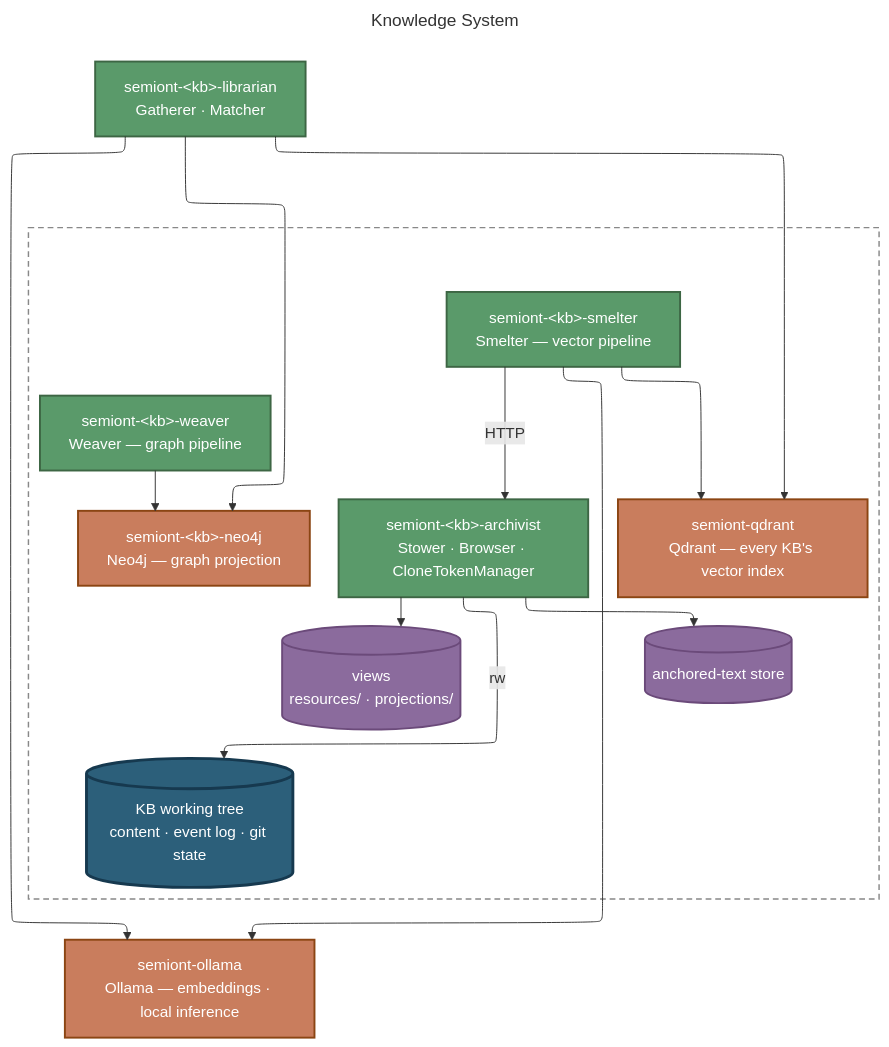
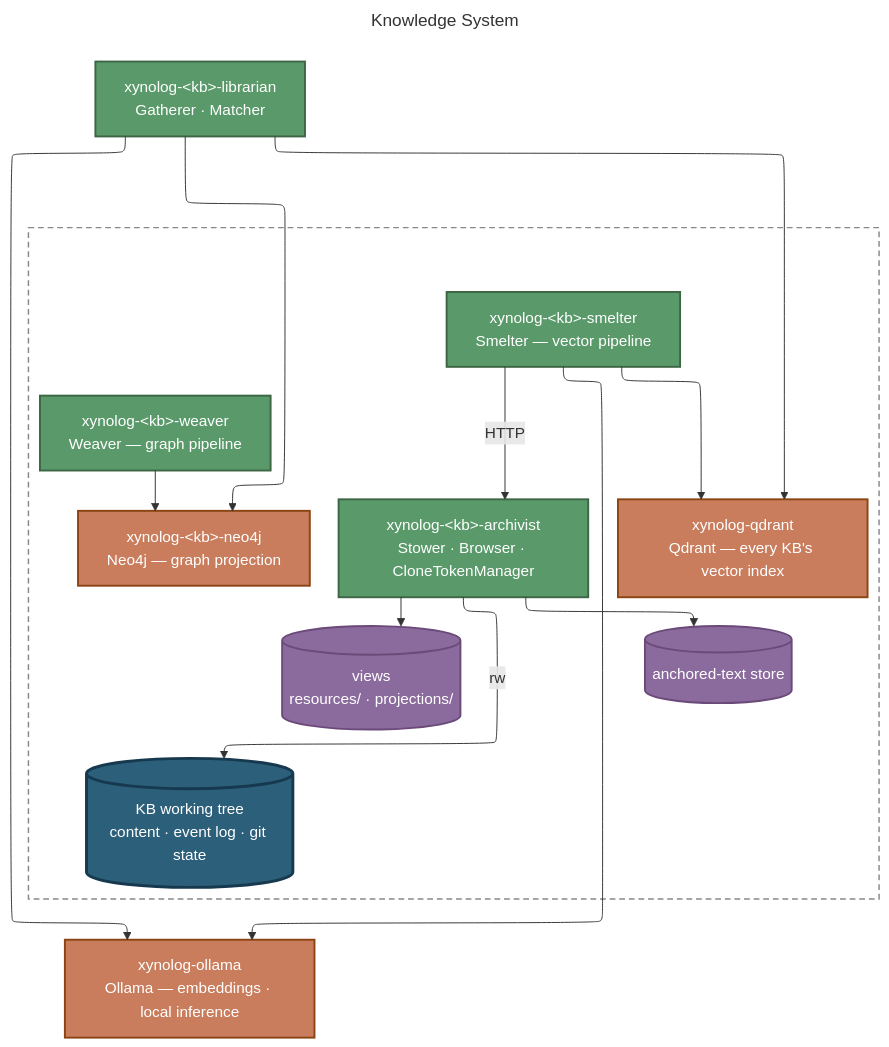
Before and after one commit to xynolog/docs: the diagram in architecture/KNOWLEDGE-SYSTEM.md, drawn with Mermaid. The commit also changed other lines of this file and 89 other files, not shown here.

````diff
--- a/architecture/KNOWLEDGE-SYSTEM.md
+++ b/architecture/KNOWLEDGE-SYSTEM.md
@@ -25,54 +25,54 @@
 ```mermaid
 ---
 title: Knowledge System
 config:
   layout: elk
 ---
 graph TB
-    LIB["semiont-&lt;kb&gt;-librarian<br/>Gatherer · Matcher"]
+    LIB["xynolog-&lt;kb&gt;-librarian<br/>Gatherer · Matcher"]
 
     subgraph G2 [" "]
-        SMELT["semiont-&lt;kb&gt;-smelter<br/>Smelter — vector pipeline"]
-        WEAVE["semiont-&lt;kb&gt;-weaver<br/>Weaver — graph pipeline"]
-        ARCH["semiont-&lt;kb&gt;-archivist<br/>Stower · Browser · CloneTokenManager"]
-        QD["semiont-qdrant<br/>Qdrant — every KB's vector index"]
-        NEO["semiont-&lt;kb&gt;-neo4j<br/>Neo4j — graph projection"]
+        SMELT["xynolog-&lt;kb&gt;-smelter<br/>Smelter — vector pipeline"]
+        WEAVE["xynolog-&lt;kb&gt;-weaver<br/>Weaver — graph pipeline"]
+        ARCH["xynolog-&lt;kb&gt;-archivist<br/>Stower · Browser · CloneTokenManager"]
+        QD["xynolog-qdrant<br/>Qdrant — every KB's vector index"]
+        NEO["xynolog-&lt;kb&gt;-neo4j<br/>Neo4j — graph projection"]
         ANCH[("anchored-text store")]
         VIEWS[("views<br/>resources/ · projections/")]
         TREE[("KB working tree<br/>content · event log · git state")]
     end
 
-    OL["semiont-ollama<br/>Ollama — embeddings · local inference"]
+    OL["xynolog-ollama<br/>Ollama — embeddings · local inference"]
 
     ARCH -->|rw| TREE
     ARCH --> VIEWS
     ARCH --> ANCH
     SMELT -->|HTTP| ARCH
 
     WEAVE --> NEO
     LIB --> NEO
     SMELT --> QD
     LIB --> QD
     SMELT --> OL
     LIB --> OL
 
     classDef svc fill:#5a9a6a,stroke:#3d6644,stroke-width:2px,color:#fff
     classDef infra fill:#c97d5d,stroke:#8b4513,stroke-width:2px,color:#fff
     classDef store fill:#8b6b9d,stroke:#6b4a7a,stroke-width:2px,color:#fff
     classDef record fill:#2c5f7a,stroke:#16394f,stroke-width:3px,color:#fff
 
     class LIB,SMELT,WEAVE,ARCH svc
     class QD,NEO,OL infra
     class ANCH,VIEWS store
     class TREE record
 
     LIB ~~~ SMELT
     LIB ~~~ WEAVE
     LIB ~~~ ARCH
     TREE ~~~ OL
     NEO ~~~ TREE
     NEO ~~~ VIEWS
     QD ~~~ ANCH
 
     style G2 fill:none,stroke:#888,stroke-width:1.5px,stroke-dasharray:6 4
 ```
````
